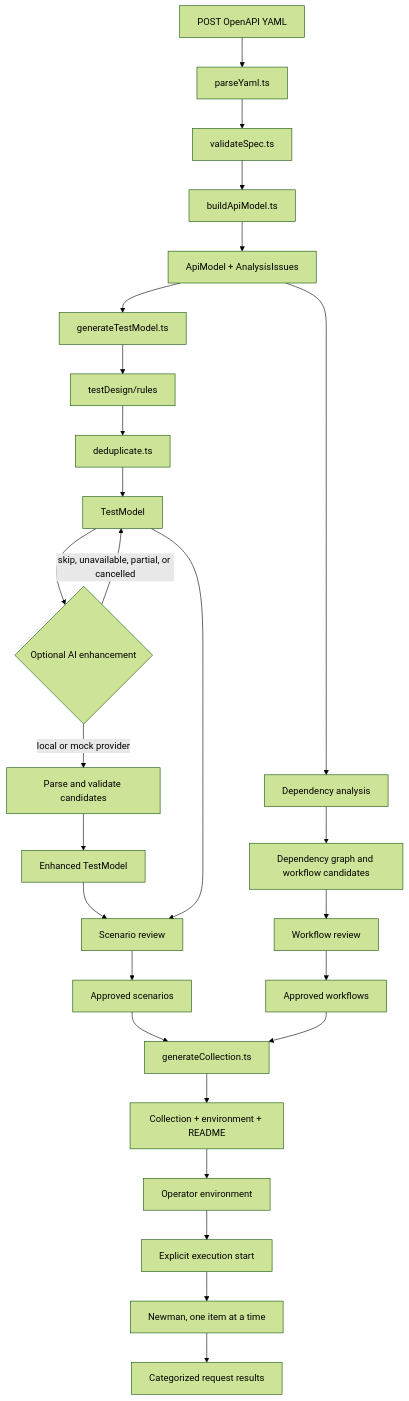
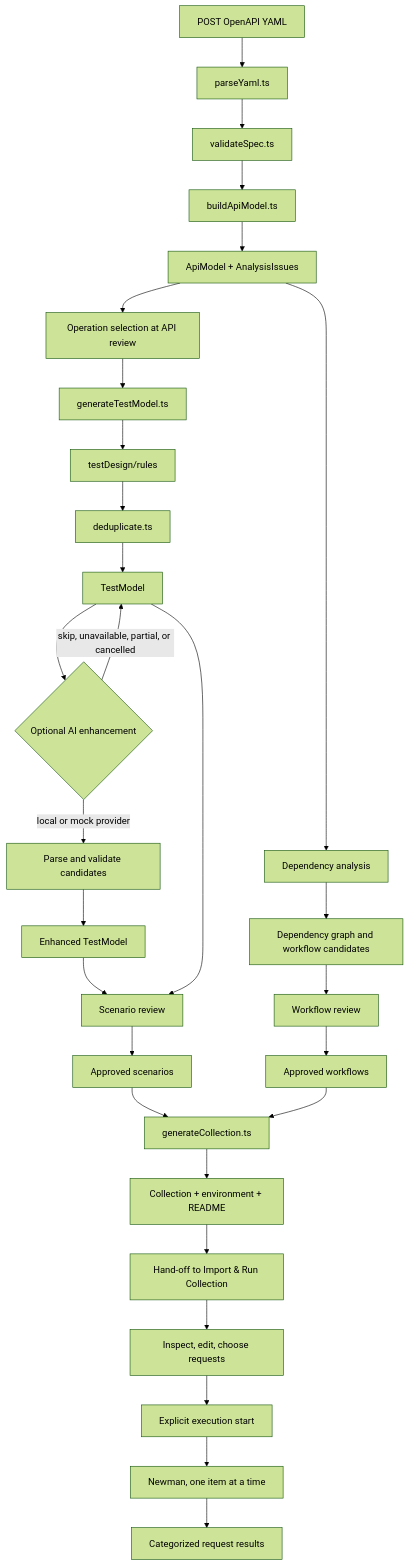
The second of 2 diagrams in README.md (io-anurag/ApiPilot), drawn with Mermaid (forest theme) before and after one commit. The commit also changed other lines of this file and 3 other files, not shown here.

First line of the commit message:
docs: sync roadmap, README, architecture, and user manual with AP-027/AP-028 and recent amendments

````diff
--- a/README.md
+++ b/README.md
@@ -132,29 +136,31 @@
 ```mermaid
 flowchart TD
     Upload[POST OpenAPI YAML] --> Parse[parseYaml.ts]
     Parse --> Validate[validateSpec.ts]
     Validate --> Build[buildApiModel.ts]
     Build --> APIModel[ApiModel + AnalysisIssues]
-    APIModel --> Deterministic[generateTestModel.ts]
+    APIModel --> Select[Operation selection at API review]
+    Select --> Deterministic[generateTestModel.ts]
     Deterministic --> Rules[testDesign/rules]
     Rules --> Deduplicate[deduplicate.ts]
     Deduplicate --> Baseline[TestModel]
     Baseline --> Enhance{Optional AI enhancement}
     Enhance -->|local or mock provider| Candidates[Parse and validate candidates]
     Candidates --> Enhanced[Enhanced TestModel]
     Enhance -->|skip, unavailable, partial, or cancelled| Baseline
     Enhanced --> ScenarioReview[Scenario review]
     Baseline --> ScenarioReview
     APIModel --> Dependency[Dependency analysis]
     Dependency --> Graph[Dependency graph and workflow candidates]
     ScenarioReview --> Approved[Approved scenarios]
     Graph --> WorkflowReview[Workflow review]
     WorkflowReview --> ApprovedWorkflows[Approved workflows]
     Approved --> Export[generateCollection.ts]
     ApprovedWorkflows --> Export
     Export --> PostmanArtifacts[Collection + environment + README]
-    PostmanArtifacts --> Environment[Operator environment]
-    Environment --> Run[Explicit execution start]
+    PostmanArtifacts --> Handoff[Hand-off to Import & Run Collection]
+    Handoff --> Edit[Inspect, edit, choose requests]
+    Edit --> Run[Explicit execution start]
     Run --> Newman[Newman, one item at a time]
     Newman --> Results[Categorized request results]
 ```
````
